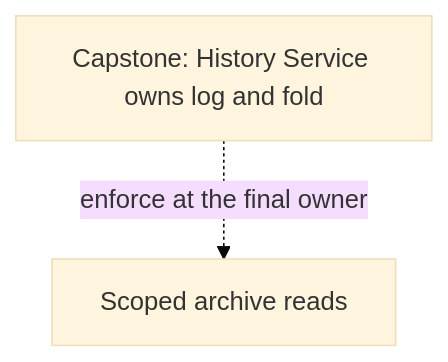
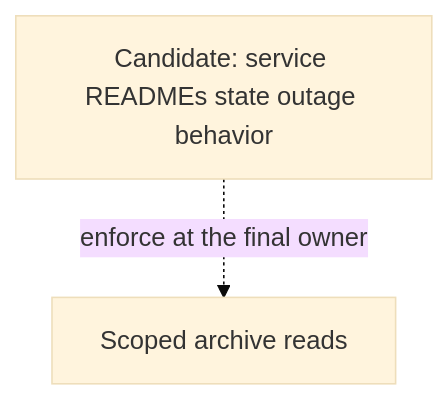
One commit to agentydragon-agent/ducktape changed the ninth of 14 diagrams in agentplane/plans/task_dag.md. Above: the diagram before and after it, drawn with Mermaid (base theme). The commit also changed other lines of this file and 2 other files, not shown here.

````diff
--- a/agentplane/plans/task_dag.md
+++ b/agentplane/plans/task_dag.md
@@ -590,6 +590,6 @@
 ```mermaid
 flowchart TD
-    HISTORY_SERVICE_OWNERSHIP[Capstone: History Service owns log and fold]
+    HISTORY_SERVICE_OWNERSHIP[Candidate: service READMEs state outage behavior]
     THREAD_READ_POLICY[Scoped archive reads]
     HISTORY_SERVICE_OWNERSHIP -. enforce at the final owner .-> THREAD_READ_POLICY
 ```
````
